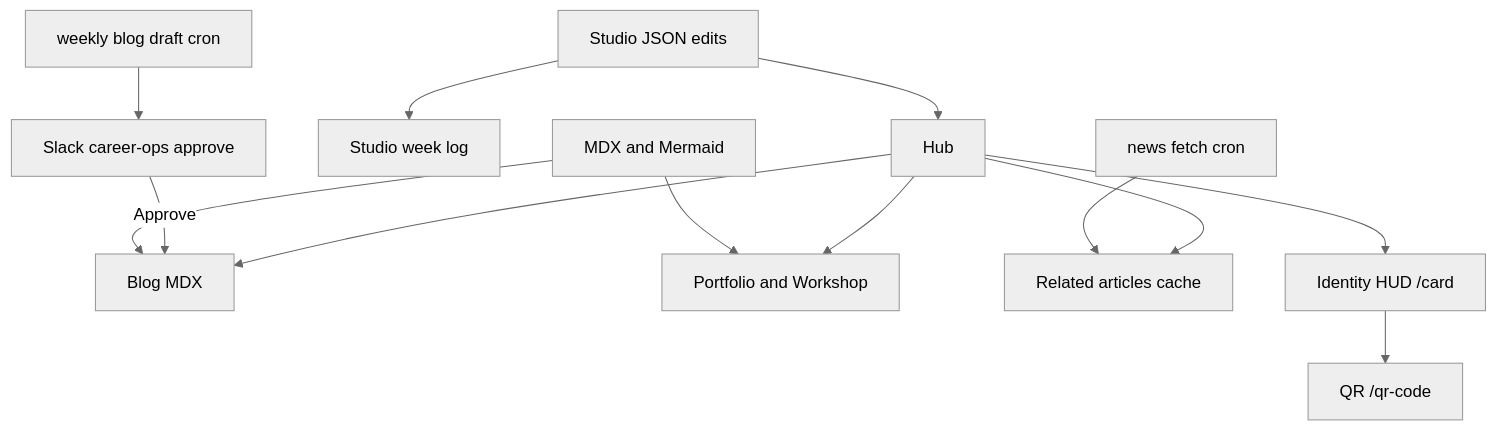
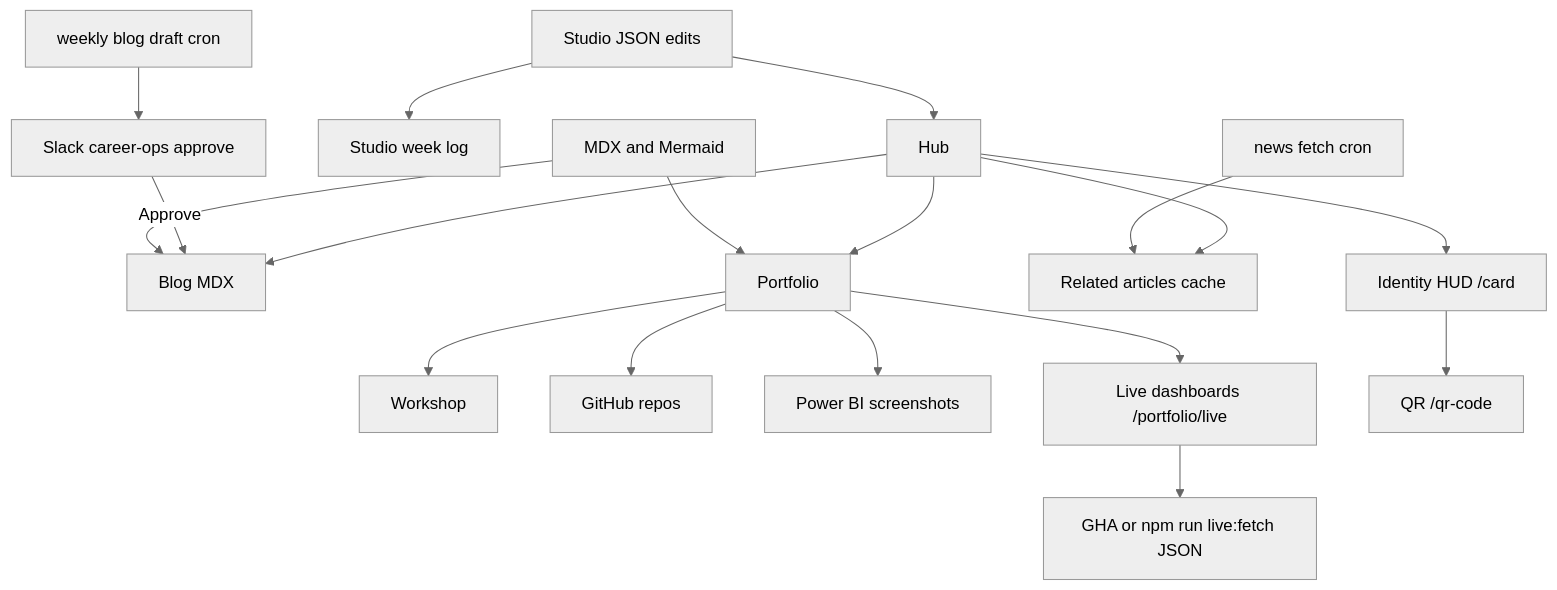
One commit to AlexTouvras/Orbit changed the diagram in docs/architecture/system-overview.md. Above: the diagram before and after it, drawn with Mermaid (neutral theme). The commit also changed 40 other files, not shown here.

````diff
--- a/docs/architecture/system-overview.md
+++ b/docs/architecture/system-overview.md
@@ -3,15 +3,20 @@
 ```mermaid
 flowchart TB
   Hub[Hub] --> Blog[Blog MDX]
-  Hub --> Portfolio[Portfolio and Workshop]
+  Hub --> Portfolio[Portfolio]
+  Portfolio --> Workshop[Workshop]
+  Portfolio --> Github[GitHub repos]
+  Portfolio --> PowerBI[Power BI screenshots]
+  Portfolio --> Live[Live dashboards /portfolio/live]
+  Live --> Snapshots[GHA or npm run live:fetch JSON]
   Hub --> Feed[Related articles cache]
   Hub --> Card[Identity HUD /card]
   Card --> QrPage[QR /qr-code]
   Studio[Studio JSON edits] --> Hub
   Studio --> WeekLog[Studio week log]
   Cron[news fetch cron] --> Feed
   Weekly[weekly blog draft cron] --> Slack[Slack career-ops approve]
   Slack -->|Approve| Blog
   MDX[MDX and Mermaid] --> Blog
   MDX --> Portfolio
 ```
````
